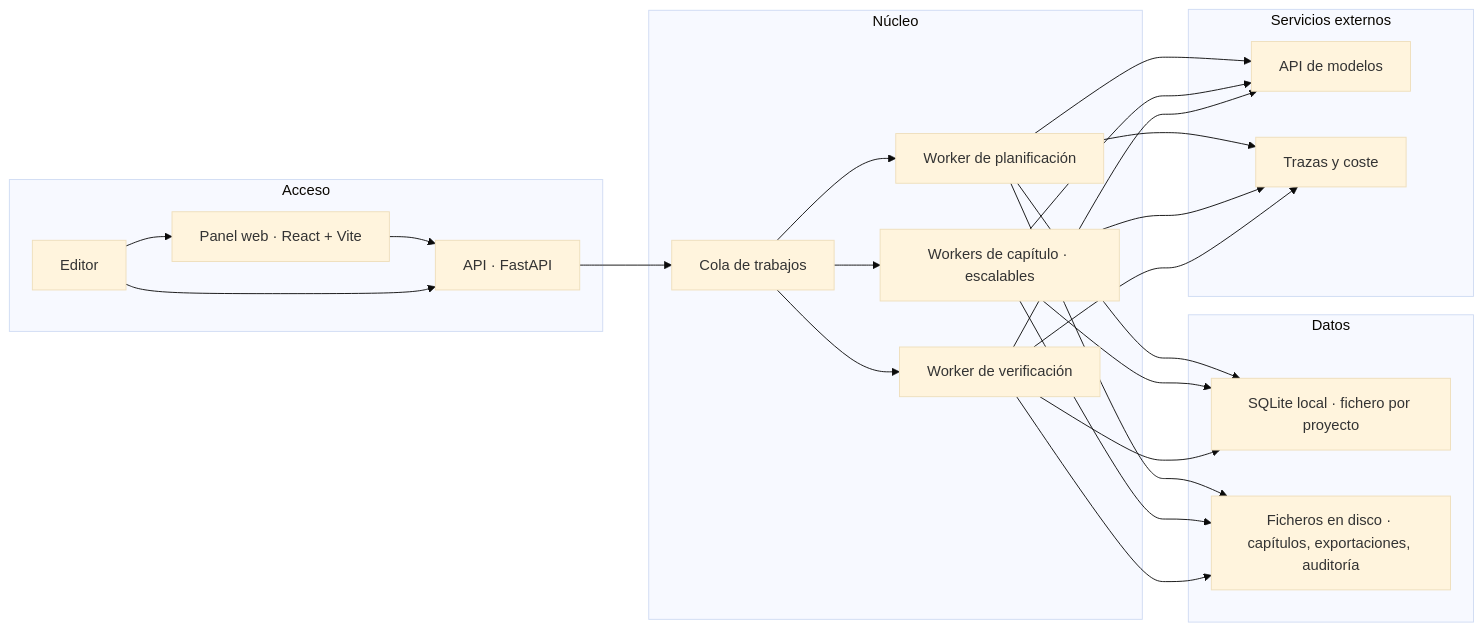
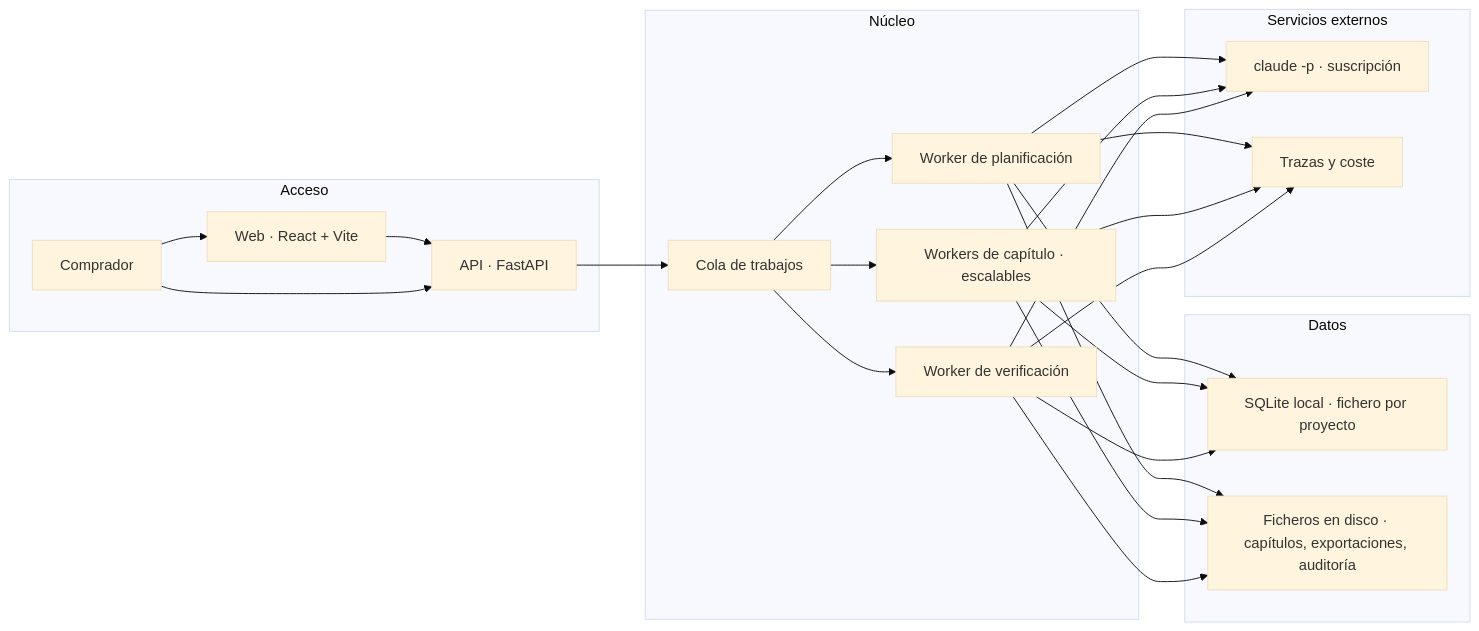
One commit to Asieribarz/my-story-marker changed the ninth of 10 diagrams in docs/architecture.md. Above: the diagram before and after it, drawn with Mermaid (base theme). The commit also changed other lines of this file and 6 other files, not shown here.

````diff
--- a/docs/architecture.md
+++ b/docs/architecture.md
@@ -634,26 +634,26 @@
 ```mermaid
 flowchart LR
   subgraph EDGE["Acceso"]
-    U["Editor"] --> W["Panel web · React + Vite"]
+    U["Comprador"] --> W["Web · React + Vite"]
     W --> API["API · FastAPI"]
     U --> API
   end
   subgraph CORE["Núcleo"]
     API --> Q["Cola de trabajos"]
     Q --> WK1["Worker de planificación"]
     Q --> WK2["Workers de capítulo · escalables"]
     Q --> WK3["Worker de verificación"]
   end
   subgraph DATA["Datos"]
     ST["SQLite local · fichero por proyecto"]
     FS["Ficheros en disco · capítulos, exportaciones, auditoría"]
   end
   subgraph EXT["Servicios externos"]
-    LLMs["API de modelos"]
+    LLMs["claude -p · suscripción"]
     OBS["Trazas y coste"]
   end
   WK1 & WK2 & WK3 --> ST
   WK1 & WK2 & WK3 --> FS
   WK1 & WK2 & WK3 --> LLMs
   WK1 & WK2 & WK3 --> OBS
 ```
````
